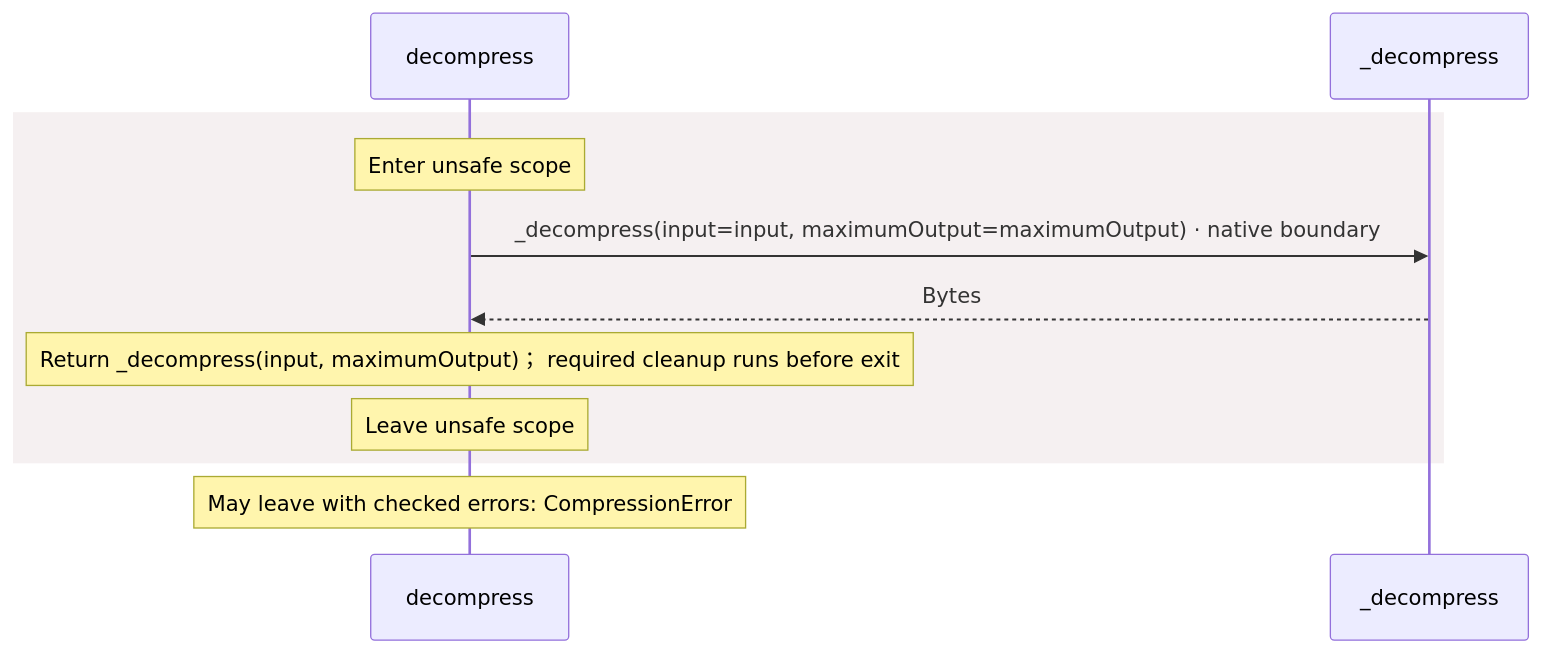
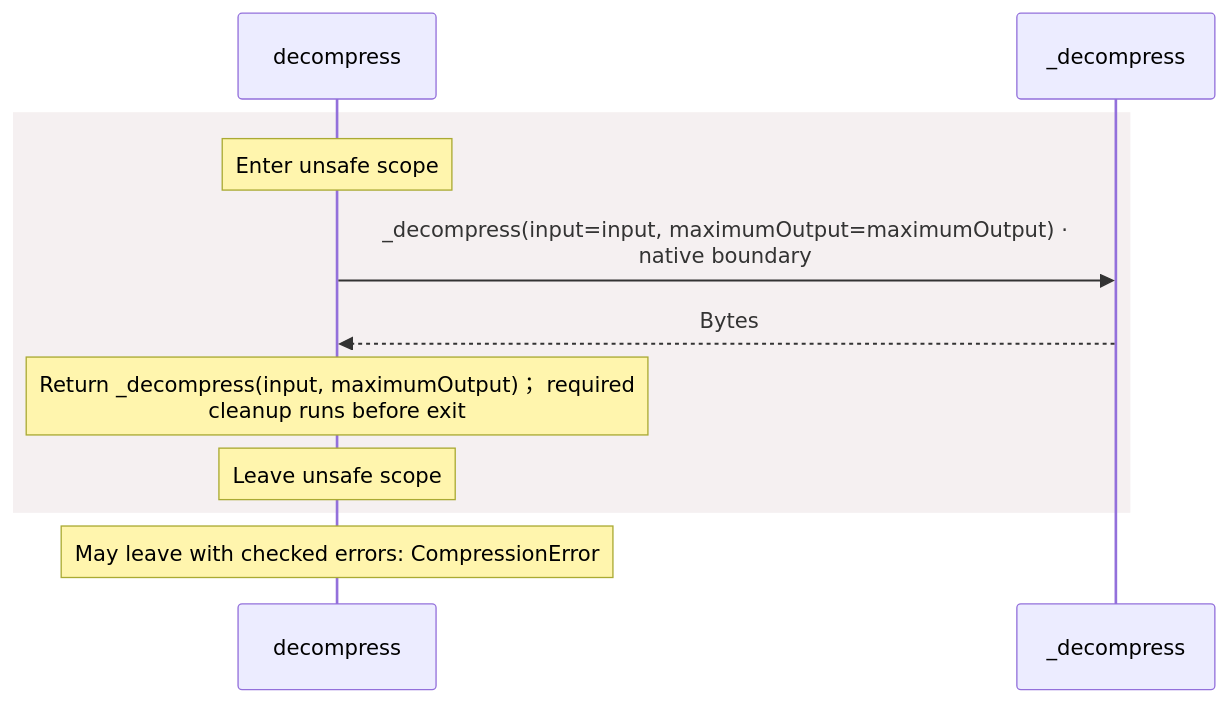
The third of 3 diagrams in docs/examples/native-zlib/dependencies/packages/@greenpandastudios/aug-zlib/0.1.5/api-diagrams.md (GreenPandaStudios/augscript), drawn with Mermaid before and after one commit. The commit also changed other lines of this file and 200 other files, not shown here.

Commit message:
Group imported operations and wrap readable sequence messages

````diff
--- a/docs/examples/native-zlib/dependencies/packages/@greenpandastudios/aug-zlib/0.1.5/api-diagrams.md
+++ b/docs/examples/native-zlib/dependencies/packages/@greenpandastudios/aug-zlib/0.1.5/api-diagrams.md
@@ -78,13 +78,13 @@
 ```mermaid
 sequenceDiagram
     participant p0 as decompress
     participant p1 as _decompress
     rect rgb(245, 240, 241)
     Note over p0: Enter unsafe scope
-    p0->>p1: _decompress(input=input, maximumOutput=maximumOutput) · native boundary
+    p0->>p1: _decompress(input=input, maximumOutput=maximumOutput) ·<br/>native boundary
     p1-->>p0: Bytes
-    Note over p0: Return _decompress(input, maximumOutput)； required cleanup runs before exit
+    Note over p0: Return _decompress(input, maximumOutput)； required<br/>cleanup runs before exit
     Note over p0: Leave unsafe scope
     end
     Note over p0: May leave with checked errors: CompressionError
 ```
````
